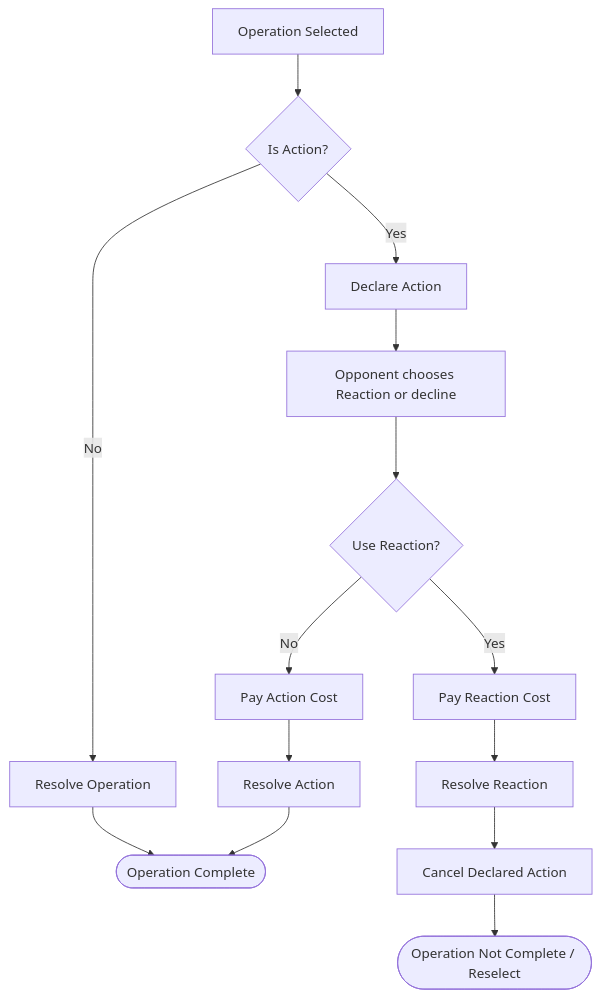
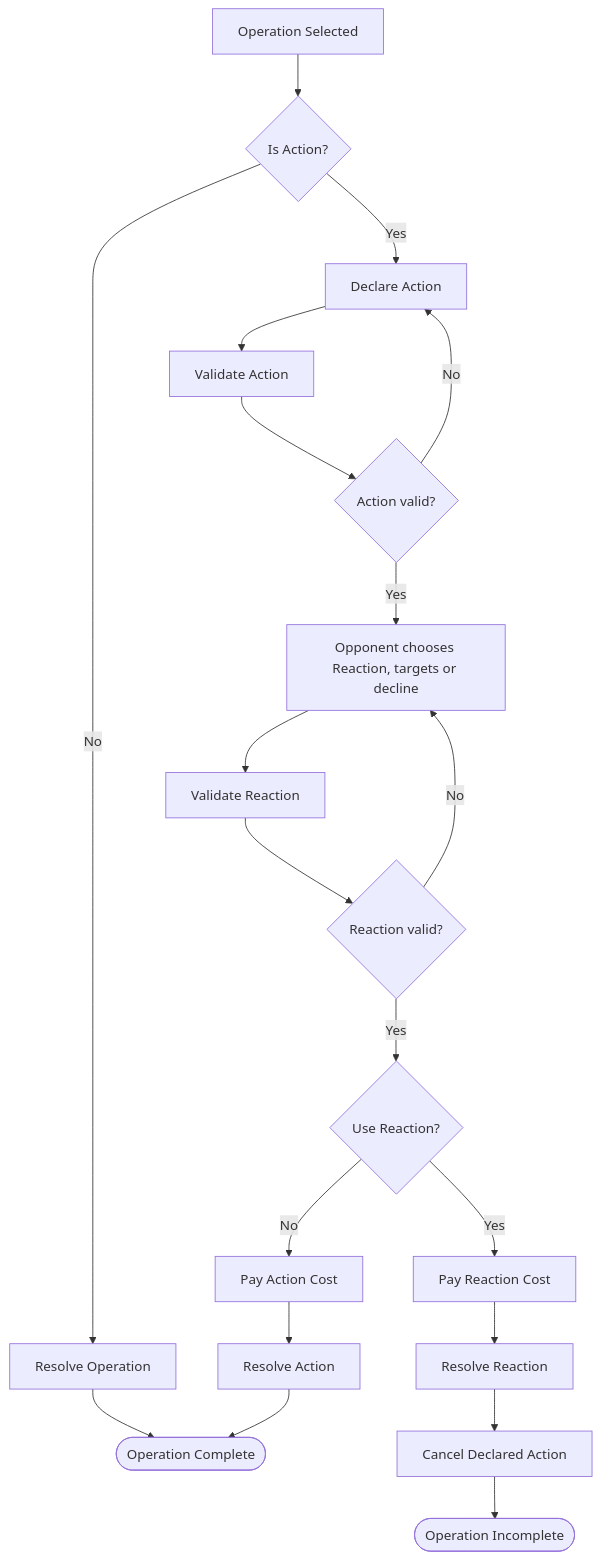
Before and after one commit to kjun1/card-game: the diagram in docs/process/action-reaction-flow.md, drawn with Mermaid. The commit also changed other lines of this file and 8 other files, not shown here.

First line of the commit message:
fix: render BPMN diagrams and clarify process responsibilities

```diff
--- a/docs/process/action-reaction-flow.md
+++ b/docs/process/action-reaction-flow.md
@@ -19,18 +19,24 @@
 ~~~mermaid
 flowchart TD
     S[Operation Selected] --> A{Is Action?}
     A -- No --> N[Resolve Operation]
     N --> C([Operation Complete])
 
     A -- Yes --> D[Declare Action]
-    D --> R[Opponent chooses Reaction or decline]
-    R --> G{Use Reaction?}
+    D --> VA[Validate Action]
+    VA --> AV{Action valid?}
+    AV -- No --> D
+    AV -- Yes --> R[Opponent chooses Reaction, targets or decline]
+    R --> VR[Validate Reaction]
+    VR --> RV{Reaction valid?}
+    RV -- No --> R
+    RV -- Yes --> G{Use Reaction?}
     G -- Yes --> RC[Pay Reaction Cost]
     RC --> RR[Resolve Reaction]
     RR --> X[Cancel Declared Action]
-    X --> U([Operation Not Complete / Reselect])
+    X --> U([Operation Incomplete])
 
     G -- No --> AC[Pay Action Cost]
     AC --> AR[Resolve Action]
     AR --> C
 ~~~
```
